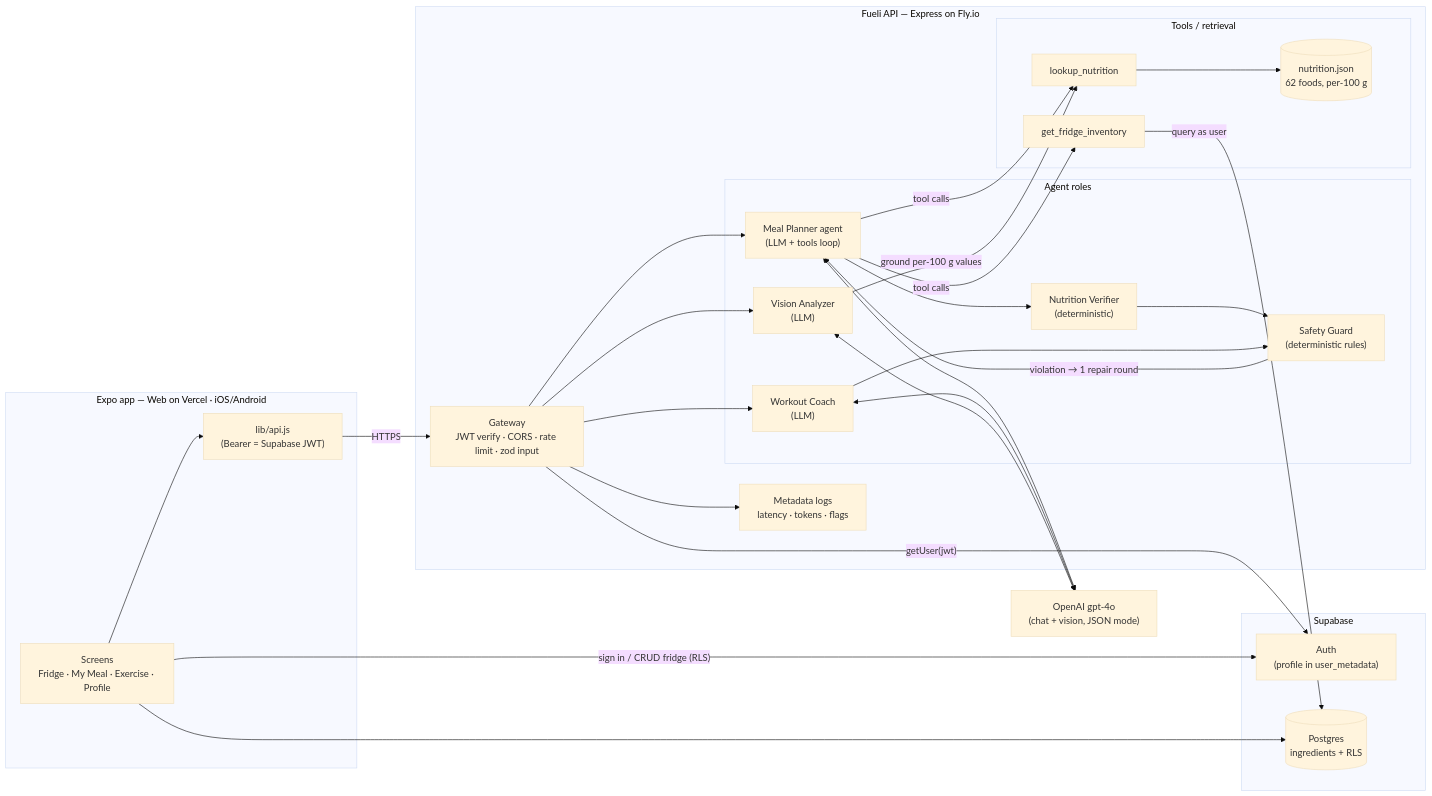
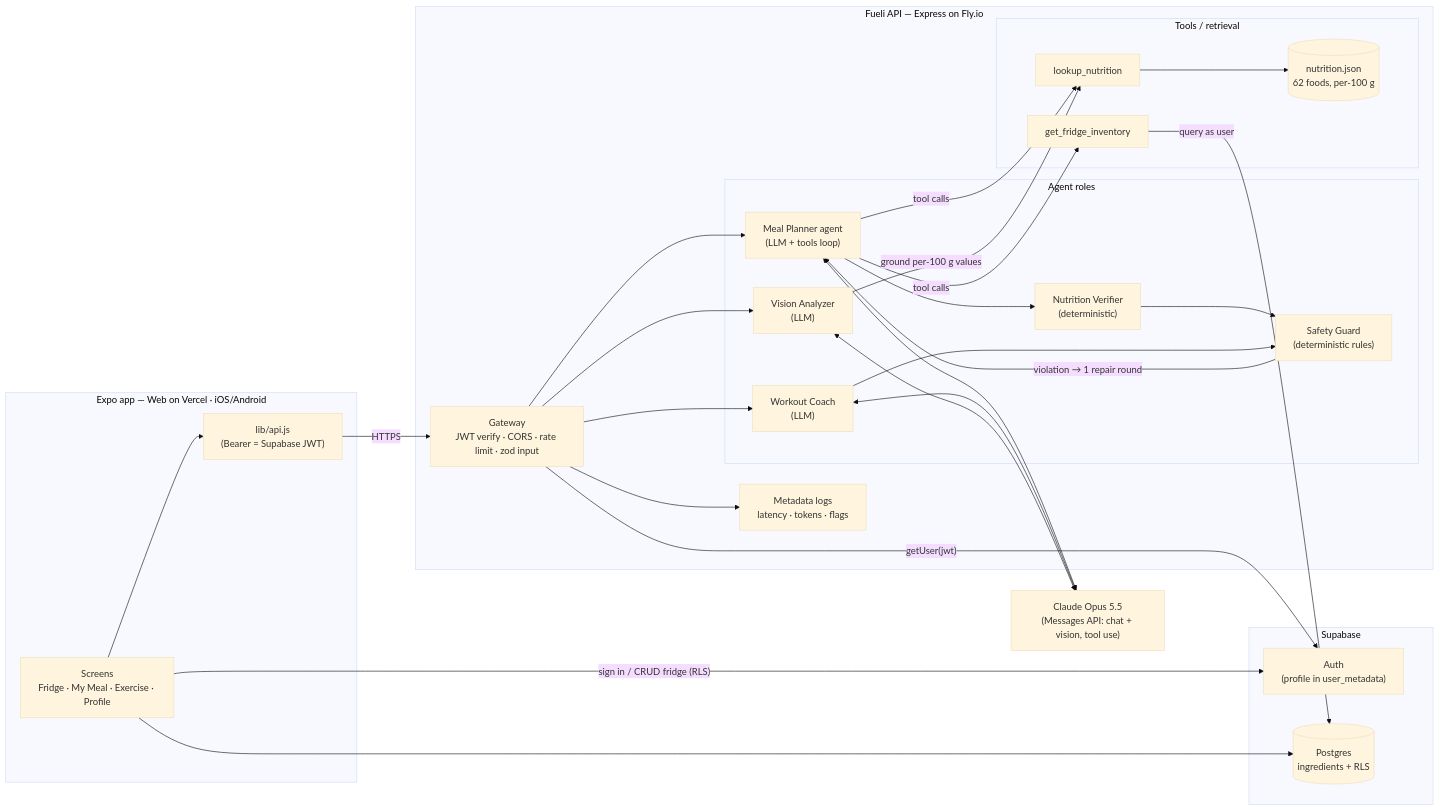
Before and after one commit to hymiawu/fueli: the diagram in docs/architecture.md, drawn with Mermaid (base theme). The commit also changed other lines of this file and 14 other files, not shown here.

First line of the commit message:
Switch the API from OpenAI to Claude Opus 5.5

````diff
--- a/docs/architecture.md
+++ b/docs/architecture.md
@@ -3,47 +3,47 @@
 ```mermaid
 flowchart LR
   subgraph Client["Expo app — Web on Vercel · iOS/Android"]
     UI["Screens<br/>Fridge · My Meal · Exercise · Profile"]
     APIc["lib/api.js<br/>(Bearer = Supabase JWT)"]
     UI --> APIc
   end
 
   subgraph Supa["Supabase"]
     Auth["Auth<br/>(profile in user_metadata)"]
     DB[("Postgres<br/>ingredients + RLS")]
   end
 
   subgraph Fly["Fueli API — Express on Fly.io"]
     GW["Gateway<br/>JWT verify · CORS · rate limit · zod input"]
     subgraph Agents["Agent roles"]
       PL["Meal Planner agent<br/>(LLM + tools loop)"]
       NV["Nutrition Verifier<br/>(deterministic)"]
       SG["Safety Guard<br/>(deterministic rules)"]
       WC["Workout Coach<br/>(LLM)"]
       VI["Vision Analyzer<br/>(LLM)"]
     end
     subgraph Tools["Tools / retrieval"]
       T1["get_fridge_inventory"]
       T2["lookup_nutrition"]
       KB[("nutrition.json<br/>62 foods, per-100 g")]
     end
     LOG["Metadata logs<br/>latency · tokens · flags"]
   end
 
-  LLM["OpenAI gpt-4o<br/>(chat + vision, JSON mode)"]
+  LLM["Claude Opus 5.5<br/>(Messages API: chat + vision, tool use)"]
 
   UI -- "sign in / CRUD fridge (RLS)" --> Auth
   UI --> DB
   APIc -- HTTPS --> GW
   GW -- "getUser(jwt)" --> Auth
   GW --> PL & WC & VI
   PL -- "tool calls" --> T1 & T2
   T1 -- "query as user" --> DB
   T2 --> KB
   PL --> NV --> SG
   SG -- "violation → 1 repair round" --> PL
   WC --> SG
   VI -- "ground per-100 g values" --> T2
   PL & WC & VI <--> LLM
   GW --> LOG
 ```
````
